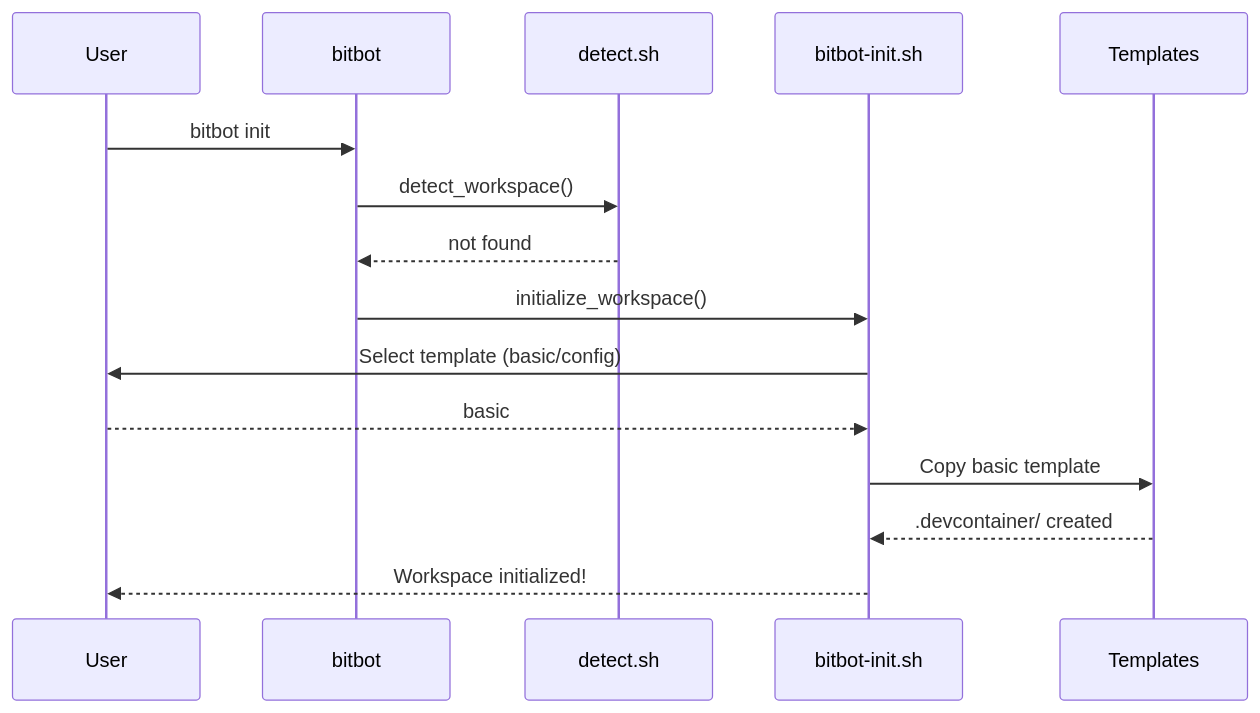
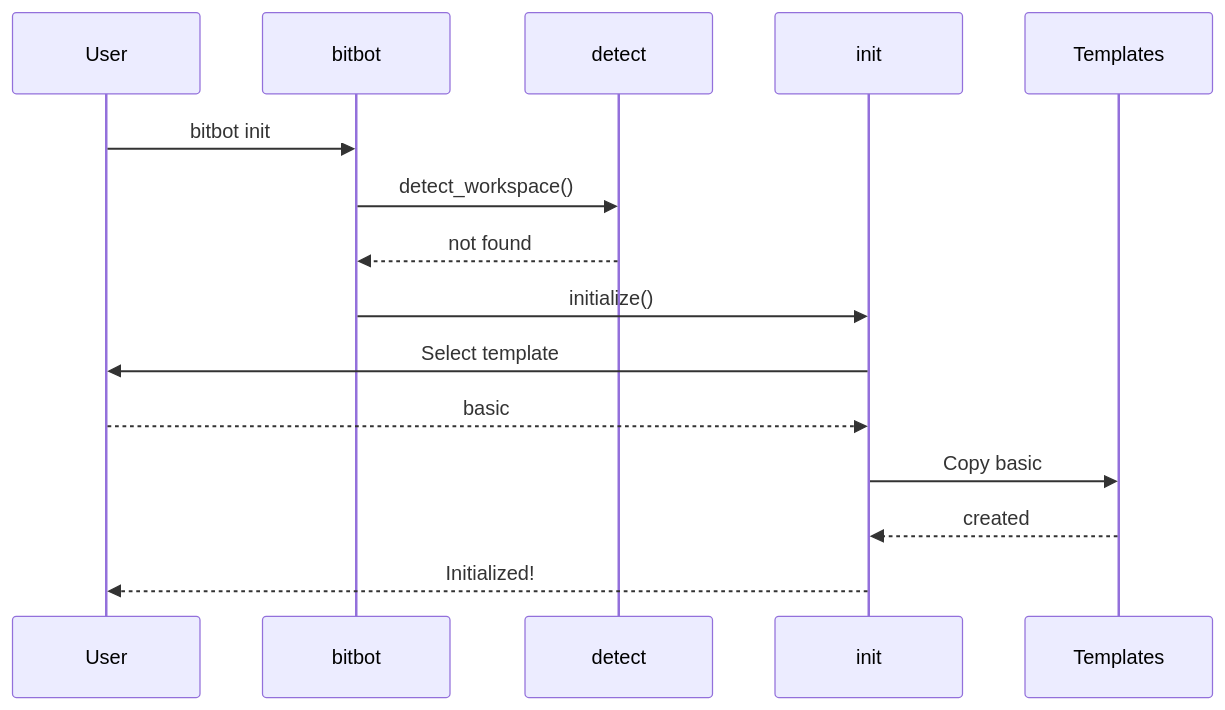
The fifth of 6 diagrams in sparc/3-architecture/diagrams/06-component-interaction.md (ManuelKugelmann/BitBot), drawn with Mermaid before and after one commit. The commit also changed other lines of this file and 5 other files, not shown here.

First line of the commit message:
Remove Docker from config mode in architecture diagrams

````diff
--- a/sparc/3-architecture/diagrams/06-component-interaction.md
+++ b/sparc/3-architecture/diagrams/06-component-interaction.md
@@ -386,18 +389,18 @@
 ```mermaid
 sequenceDiagram
     participant User
     participant bitbot
-    participant detect.sh
-    participant bitbot-init.sh
+    participant detect
+    participant init
     participant Templates
 
     User->>bitbot: bitbot init
-    bitbot->>detect.sh: detect_workspace()
-    detect.sh-->>bitbot: not found
-    bitbot->>bitbot-init.sh: initialize_workspace()
-    bitbot-init.sh->>User: Select template (basic/config)
-    User-->>bitbot-init.sh: basic
-    bitbot-init.sh->>Templates: Copy basic template
-    Templates-->>bitbot-init.sh: .devcontainer/ created
-    bitbot-init.sh-->>User: Workspace initialized!
+    bitbot->>detect: detect_workspace()
+    detect-->>bitbot: not found
+    bitbot->>init: initialize()
+    init->>User: Select template
+    User-->>init: basic
+    init->>Templates: Copy basic
+    Templates-->>init: created
+    init-->>User: Initialized!
 ```
````
